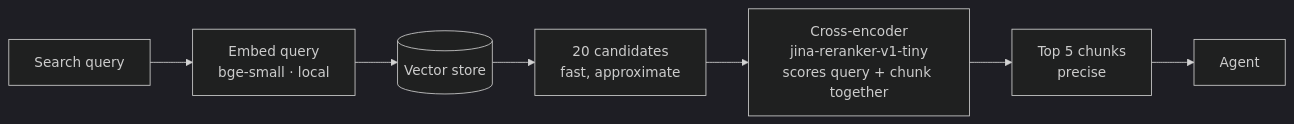
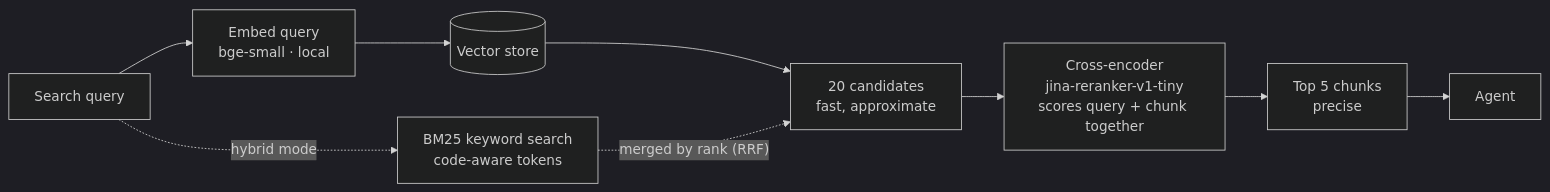
One commit to Parth-Babariya/RepoPilot changed the third of 9 diagrams in README.md. Above: the diagram before and after it, drawn with Mermaid (dark theme). The commit also changed other lines of this file and 28 other files, not shown here.

First line of the commit message:
Verified /plan execution, re-planning, tool safety, hybrid search, judge check

````diff
--- a/README.md
+++ b/README.md
@@ -162,9 +165,11 @@
 ```mermaid
 flowchart LR
     q["Search query"] --> e["Embed query<br/>bge-small · local"]
     e --> v[("Vector store")]
     v --> c["20 candidates<br/>fast, approximate"]
+    q -. "hybrid mode" .-> kw["BM25 keyword search<br/>code-aware tokens"]
+    kw -. "merged by rank (RRF)" .-> c
     c --> x["Cross-encoder<br/>jina-reranker-v1-tiny<br/>scores query + chunk together"]
     x --> k["Top 5 chunks<br/>precise"]
     k --> a["Agent"]
 ```
````
